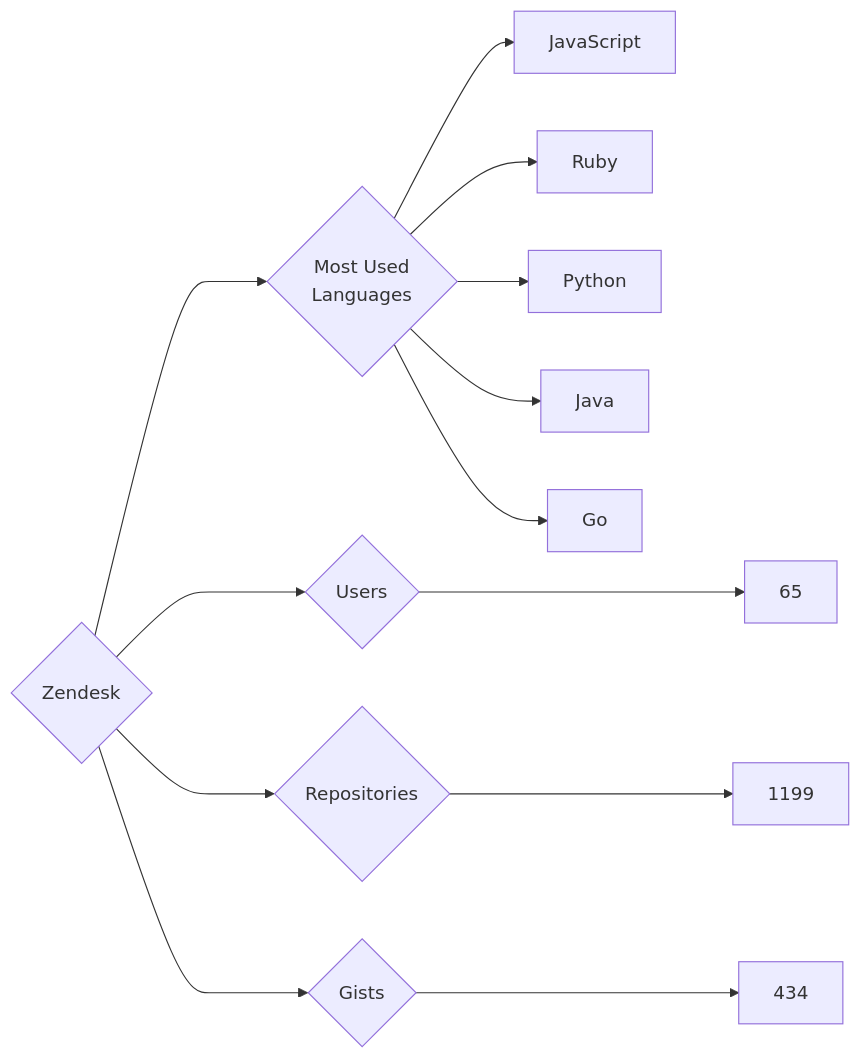
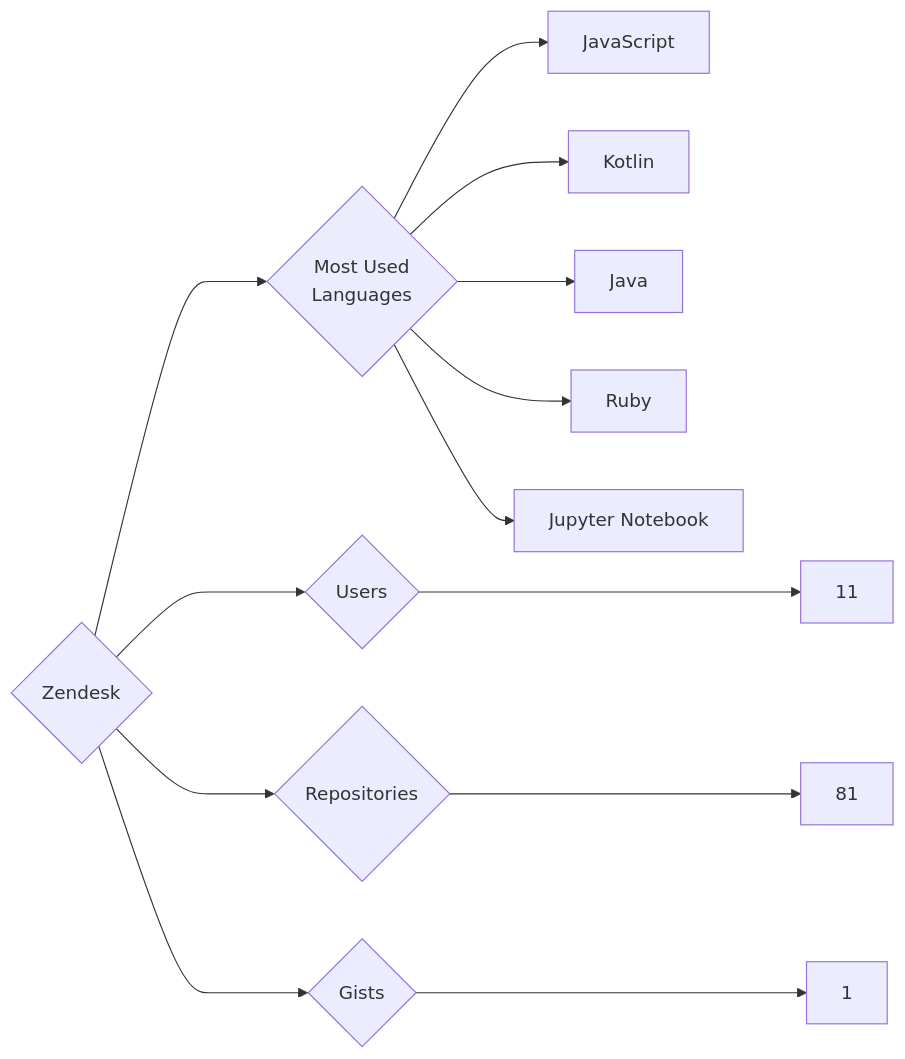
The diagram in targets/Zendesk/README.md (trickest/insiders), drawn with Mermaid before and after one commit. The commit also changed 748 other files, not shown here.

````diff
--- a/targets/Zendesk/README.md
+++ b/targets/Zendesk/README.md
@@ -3,13 +3,13 @@
 ```mermaid
 graph LR
 COMPANY_NAME{Zendesk}
-COMPANY_NAME ---> U{Users} ---> UN[65]
-COMPANY_NAME ---> R{Repositories} ---> RN[1199]
-COMPANY_NAME ---> G{Gists} ---> GN[434]
+COMPANY_NAME ---> U{Users} ---> UN[11]
+COMPANY_NAME ---> R{Repositories} ---> RN[81]
+COMPANY_NAME ---> G{Gists} ---> GN[1]
 COMPANY_NAME ---> ML{Most Used<br>Languages}
 ML --> JavaScript[JavaScript]
+ML --> Kotlin[Kotlin]
+ML --> Java[Java]
 ML --> Ruby[Ruby]
-ML --> Python[Python]
-ML --> Java[Java]
-ML --> Go[Go]
+ML --> Jupyter_Notebook[Jupyter Notebook]
 ```
````
